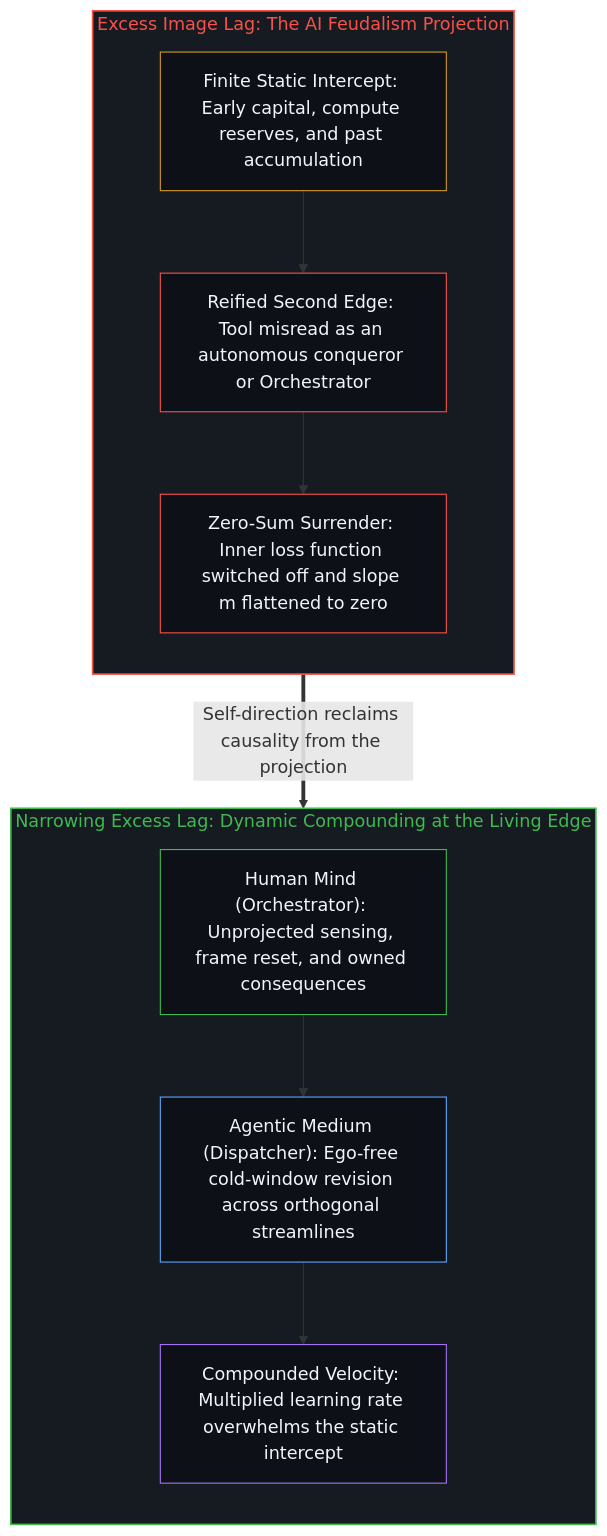
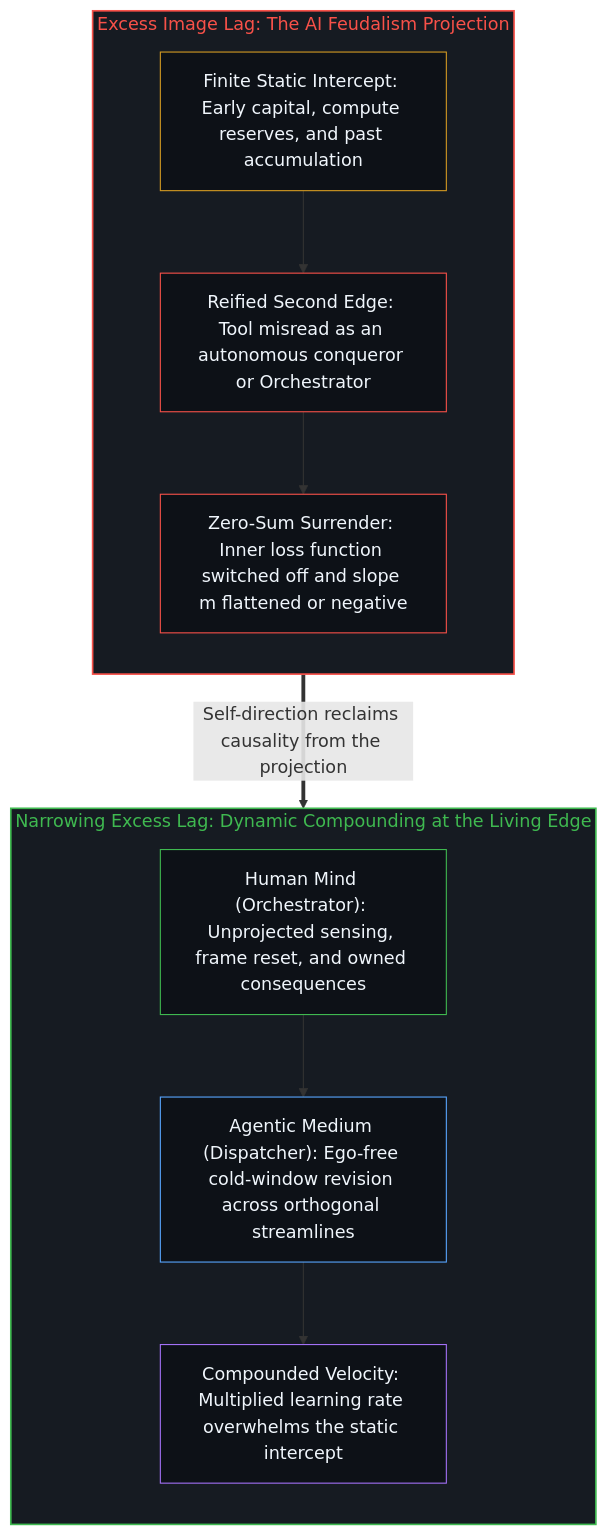
The second of 2 diagrams in content/posts/agency-compounding-and-the-argument-over-ai-feudalism.md (powerpig99/not-a-toe), drawn with Mermaid before and after one commit. The commit also changed other lines of this file and 13 other files, not shown here.

````diff
--- a/content/posts/agency-compounding-and-the-argument-over-ai-feudalism.md
+++ b/content/posts/agency-compounding-and-the-argument-over-ai-feudalism.md
@@ -64,26 +64,26 @@
 ```mermaid
 flowchart TD
     subgraph S_Lag["Excess Image Lag: The AI Feudalism Projection"]
         direction TB
         I1["Finite Static Intercept: Early capital, compute reserves, and past accumulation"]
         I2["Reified Second Edge: Tool misread as an autonomous conqueror or Orchestrator"]
-        I3["Zero-Sum Surrender: Inner loss function switched off and slope m flattened to zero"]
+        I3["Zero-Sum Surrender: Inner loss function switched off and slope m flattened or negative"]
         I1 --> I2 --> I3
     end
     subgraph S_Rate["Narrowing Excess Lag: Dynamic Compounding at the Living Edge"]
         direction TB
         R1["Human Mind (Orchestrator): Unprojected sensing, frame reset, and owned consequences"]
         R2["Agentic Medium (Dispatcher): Ego-free cold-window revision across orthogonal streamlines"]
         R3["Compounded Velocity: Multiplied learning rate overwhelms the static intercept"]
         R1 --> R2 --> R3
     end
     I3 ==>|"Self-direction reclaims causality from the projection"| R1
     style S_Lag fill:#161b22,stroke:#f85149,stroke-width:1.5px,color:#f85149
     style S_Rate fill:#161b22,stroke:#3fb950,stroke-width:1.5px,color:#3fb950
     style I1 fill:#0d1117,stroke:#d29922,stroke-width:1px,color:#f0f6fc
     style I2 fill:#0d1117,stroke:#f85149,stroke-width:1px,color:#f0f6fc
     style I3 fill:#0d1117,stroke:#f85149,stroke-width:1px,color:#f0f6fc
     style R1 fill:#0d1117,stroke:#3fb950,stroke-width:1px,color:#f0f6fc
     style R2 fill:#0d1117,stroke:#58a6ff,stroke-width:1px,color:#f0f6fc
     style R3 fill:#0d1117,stroke:#a371f7,stroke-width:1px,color:#f0f6fc
 ```
````
